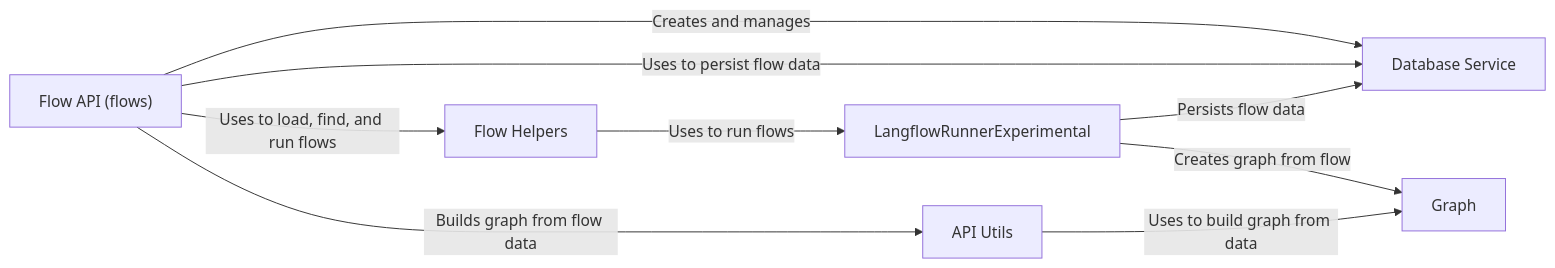
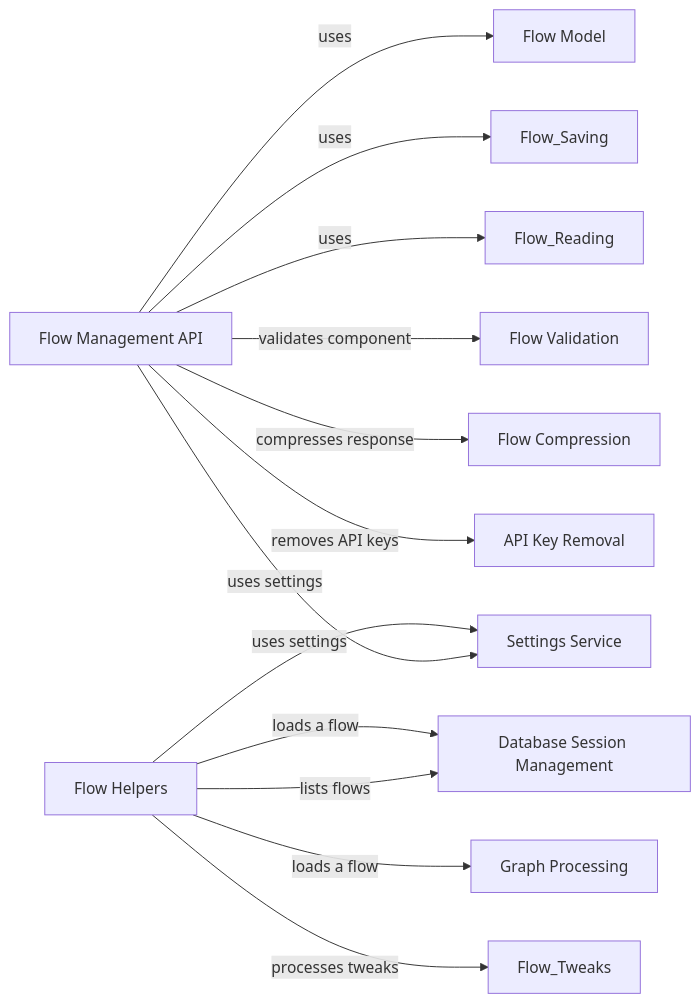
The diagram in langflow/Flow Management.md (CodeBoarding/GeneratedOnBoardings), drawn with Mermaid before and after one commit. The commit also changed other lines of this file and 109 other files, not shown here.

````diff
--- a/langflow/Flow Management.md
+++ b/langflow/Flow Management.md
@@ -1,17 +1,24 @@
 ```mermaid
 graph LR
-    Graph["Graph"]
-    Flow_API_flows_["Flow API (flows)"]
-    Database_Service["Database Service"]
+    Flow_Management_API["Flow Management API"]
     Flow_Helpers["Flow Helpers"]
-    API_Utils["API Utils"]
-    LangflowRunnerExperimental["LangflowRunnerExperimental"]
-    Flow_API_flows_ -- "Creates and manages" --> Database_Service
-    Flow_API_flows_ -- "Uses to persist flow data" --> Database_Service
-    Flow_API_flows_ -- "Uses to load, find, and run flows" --> Flow_Helpers
-    Flow_API_flows_ -- "Builds graph from flow data" --> API_Utils
-    LangflowRunnerExperimental -- "Persists flow data" --> Database_Service
-    LangflowRunnerExperimental -- "Creates graph from flow" --> Graph
-    API_Utils -- "Uses to build graph from data" --> Graph
-    Flow_Helpers -- "Uses to run flows" --> LangflowRunnerExperimental
+    Settings_Service["Settings Service"]
+    Database_Session_Management["Database Session Management"]
+    Flow_Model["Flow Model"]
+    Graph_Processing["Graph Processing"]
+    Flow_Validation["Flow Validation"]
+    Flow_Compression["Flow Compression"]
+    API_Key_Removal["API Key Removal"]
+    Flow_Management_API -- "uses" --> Flow_Model
+    Flow_Management_API -- "uses" --> Flow_Saving
+    Flow_Management_API -- "uses" --> Flow_Reading
+    Flow_Helpers -- "lists flows" --> Database_Session_Management
+    Flow_Helpers -- "loads a flow" --> Database_Session_Management
+    Flow_Helpers -- "loads a flow" --> Graph_Processing
+    Flow_Management_API -- "uses settings" --> Settings_Service
+    Flow_Helpers -- "uses settings" --> Settings_Service
+    Flow_Management_API -- "validates component" --> Flow_Validation
+    Flow_Management_API -- "compresses response" --> Flow_Compression
+    Flow_Management_API -- "removes API keys" --> API_Key_Removal
+    Flow_Helpers -- "processes tweaks" --> Flow_Tweaks
 ```
````
